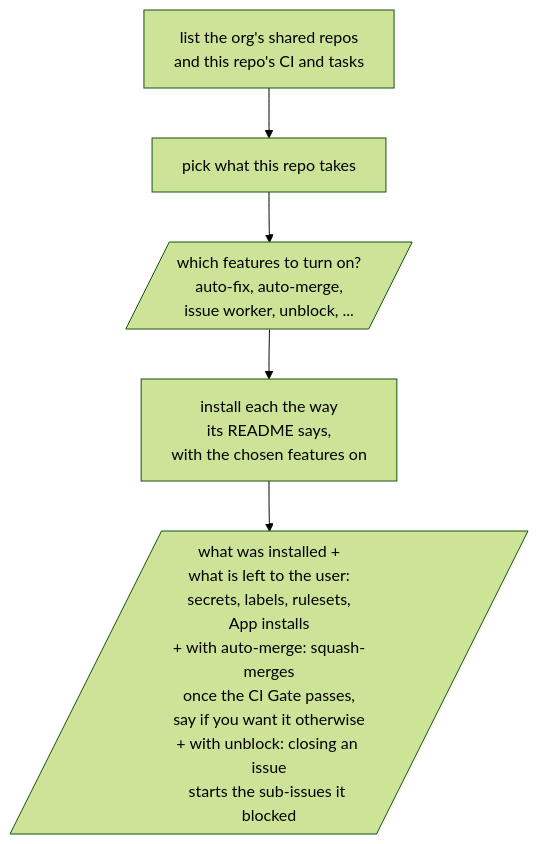
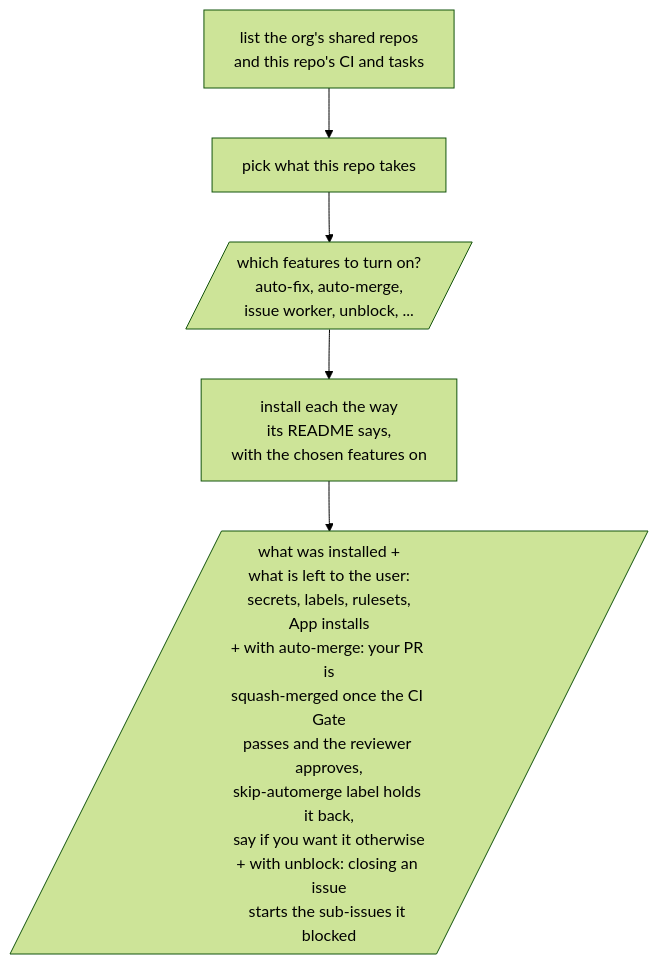
Before and after one commit to omni-stove/skill-kit: the diagram in shared/skills/automation/README.md, drawn with Mermaid (forest theme). The commit also changed 2 other files, not shown here.

Commit message:
Tell automation users auto-merge needs the reviewer's approve too: the shared ci-gate.yml merges a PR only once the CI Gate passes and the reviewer approves it, but next.txt and the READMEs' flowcharts said it merged once the CI Gate passed, so they now say so from the user's side and add that a skip-automerge label holds a PR back
Claude-Session: https://claude.ai/code/session_0118w5k7w77GEq2vaVNRY8Ez

````diff
--- a/shared/skills/automation/README.md
+++ b/shared/skills/automation/README.md
@@ -3,8 +3,8 @@
 ```mermaid
 flowchart TD
   list[list the org's shared repos<br/>and this repo's CI and tasks]
   list --> pick[pick what this repo takes]
   pick --> ask[/"which features to turn on?<br/>auto-fix, auto-merge,<br/>issue worker, unblock, ..."/]
   ask --> install[install each the way<br/>its README says,<br/>with the chosen features on]
-  install --> done[/"what was installed +<br/>what is left to the user:<br/>secrets, labels, rulesets,<br/>App installs<br/>+ with auto-merge: squash-merges<br/>once the CI Gate passes,<br/>say if you want it otherwise<br/>+ with unblock: closing an issue<br/>starts the sub-issues it blocked"/]
+  install --> done[/"what was installed +<br/>what is left to the user:<br/>secrets, labels, rulesets,<br/>App installs<br/>+ with auto-merge: your PR is<br/>squash-merged once the CI Gate<br/>passes and the reviewer approves,<br/>skip-automerge label holds it back,<br/>say if you want it otherwise<br/>+ with unblock: closing an issue<br/>starts the sub-issues it blocked"/]
 ```
````
